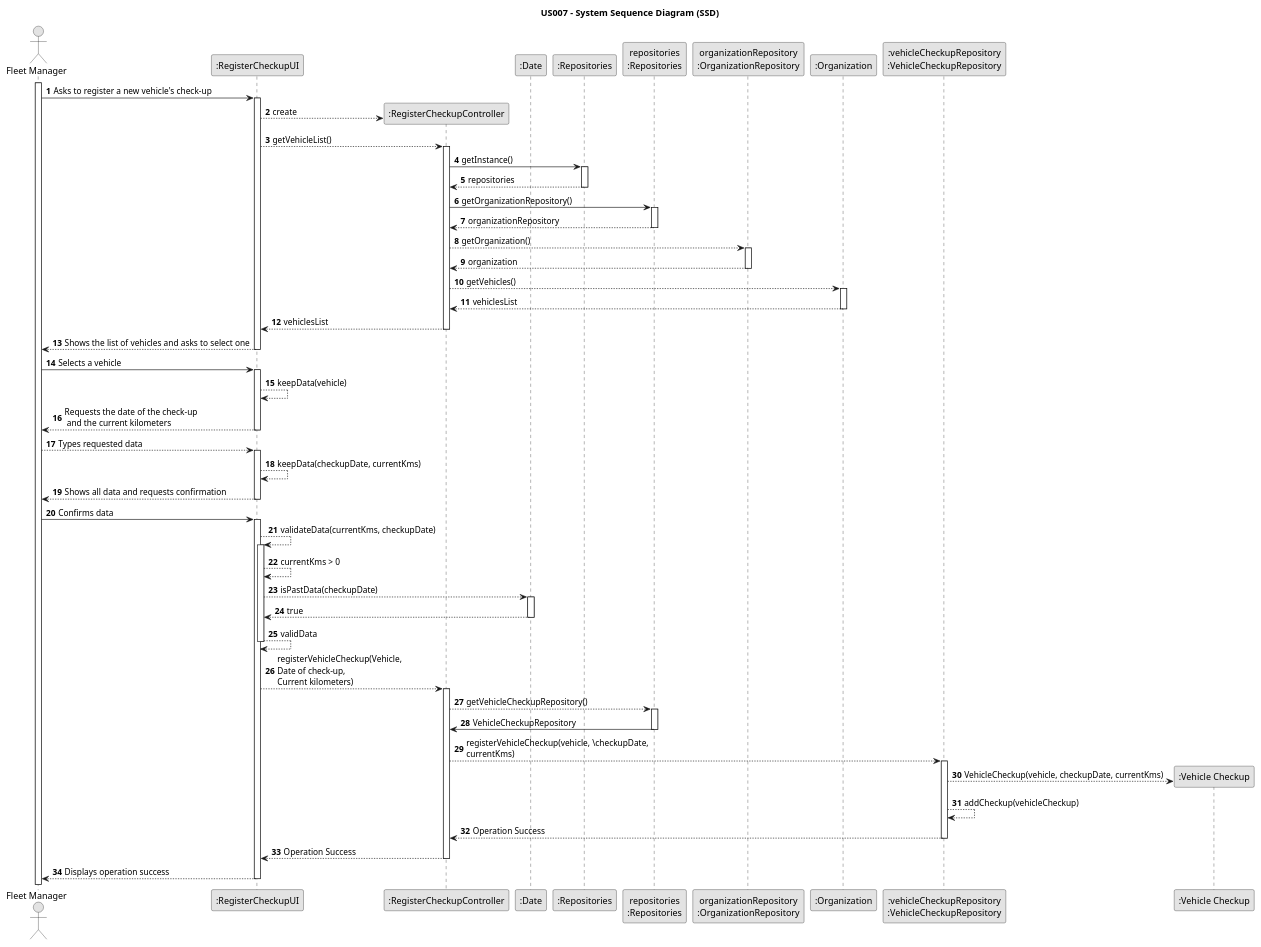
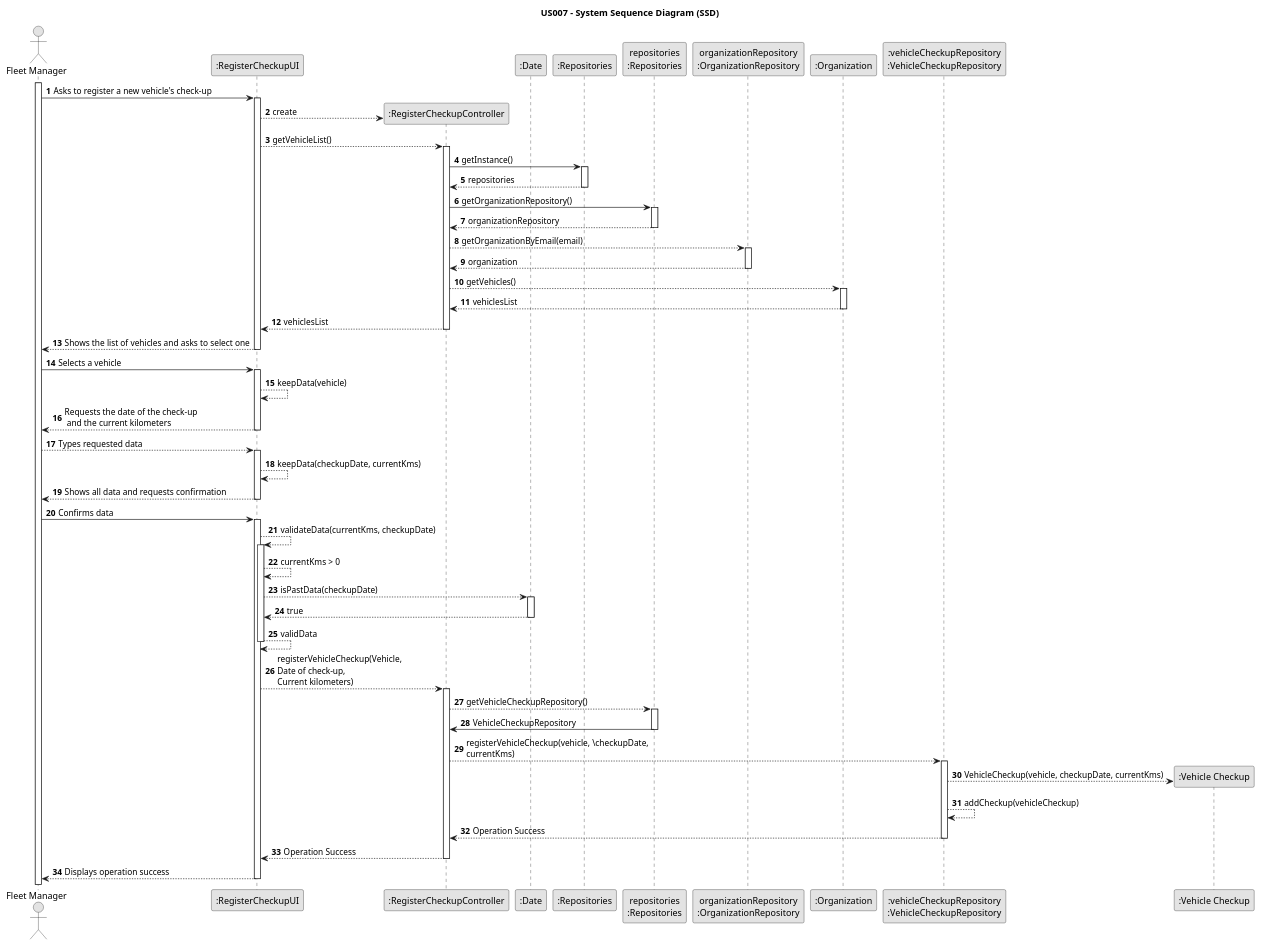
The diagram in docs/sprintB/us007/03.design/puml/us007-sequence-diagram-full.puml (Rui-San/LAPR2_2023_2024), drawn with PlantUML before and after one commit.

Commit message:
US007: minor alterations to Sequence Diagram

```diff
--- a/docs/sprintB/us007/03.design/puml/us007-sequence-diagram-full.puml
+++ b/docs/sprintB/us007/03.design/puml/us007-sequence-diagram-full.puml
@@ -1,113 +1,113 @@
 @startuml
 skinparam monochrome true
 skinparam packageStyle rectangle
 skinparam shadowing false
 
 title US007 - System Sequence Diagram (SSD)
 
 autonumber
 
 actor "Fleet Manager" as Employee
 participant ":RegisterCheckupUI" as UI
 participant ":RegisterCheckupController" as RCCtrl
 participant ":Date" as Date
 'participant "taskCategoryRepository:\nTaskCategoryRepository" as TaskCategoryRepository
 'participant ":ApplicationSession" as _APP
 'participant "appSession\n:ApplicationSession" as APP
 'participant "currentSession\n:UserSession" as SESSAO
 'participant "vehicleRepository:\nVehicleRepository" as VehicleRepository
 participant ":Repositories" as RepositorySingleton
 participant "repositories\n:Repositories" as PLAT
 participant "organizationRepository\n:OrganizationRepository" as OrganizationRepository
 participant ":Organization" as Organization
 participant ":vehicleCheckupRepository\n:VehicleCheckupRepository" as VCRepo
 'participant "organizationRepository:\nOrganizationRepository" as OrganizationRepository
 participant ":Vehicle Checkup" as VCheckup
 
 activate Employee
 
     Employee -> UI : Asks to register a new vehicle's check-up
     activate UI
 
         UI --> RCCtrl** : create
         UI --> RCCtrl : getVehicleList()
         activate RCCtrl
 
             RCCtrl -> RepositorySingleton : getInstance()
             activate RepositorySingleton
 
                 RepositorySingleton --> RCCtrl : repositories
             deactivate RepositorySingleton
             RCCtrl -> PLAT : getOrganizationRepository()
             activate PLAT
 
                 PLAT --> RCCtrl : organizationRepository
             deactivate PLAT
-            RCCtrl --> OrganizationRepository : getOrganization()
+            RCCtrl --> OrganizationRepository : getOrganizationByEmail(email)
             activate OrganizationRepository
 
                 OrganizationRepository --> RCCtrl : organization
             deactivate OrganizationRepository
             RCCtrl --> Organization : getVehicles()
             activate Organization
 
                 Organization --> RCCtrl : vehiclesList
             deactivate Organization
             RCCtrl --> UI : vehiclesList
         deactivate RCCtrl
 
         UI --> Employee : Shows the list of vehicles and asks to select one
     deactivate UI
 
     Employee -> UI : Selects a vehicle
     activate UI
 
         UI --> UI : keepData(vehicle)
         UI --> Employee : Requests the date of the check-up\n and the current kilometers
     deactivate UI
 
     Employee --> UI : Types requested data
     activate UI
 
         UI --> UI : keepData(checkupDate, currentKms)
         UI --> Employee : Shows all data and requests confirmation
     deactivate UI
 
     Employee -> UI : Confirms data
     activate UI
 
         UI --> UI : validateData(currentKms, checkupDate)
         activate UI
 
             UI --> UI : currentKms > 0
             UI --> Date : isPastData(checkupDate)
             activate Date
 
                 Date --> UI : true
             deactivate Date
             UI --> UI : validData
         deactivate UI
 
         UI --> RCCtrl : registerVehicleCheckup(Vehicle, \nDate of check-up, \nCurrent kilometers)
         activate RCCtrl
 
             RCCtrl --> PLAT : getVehicleCheckupRepository()
             activate PLAT
 
                 PLAT -> RCCtrl : VehicleCheckupRepository
             deactivate PLAT
             RCCtrl --> VCRepo : registerVehicleCheckup(vehicle, \checkupDate, \ncurrentKms)
             activate VCRepo
 
                 VCRepo --> VCheckup** : VehicleCheckup(vehicle, checkupDate, currentKms)
                 VCRepo --> VCRepo : addCheckup(vehicleCheckup)
                 VCRepo --> RCCtrl : Operation Success
             deactivate VCRepo
 
             RCCtrl --> UI : Operation Success
         deactivate RCCtrl
 
         UI --> Employee : Displays operation success
     deactivate UI
 
 @enduml
```
